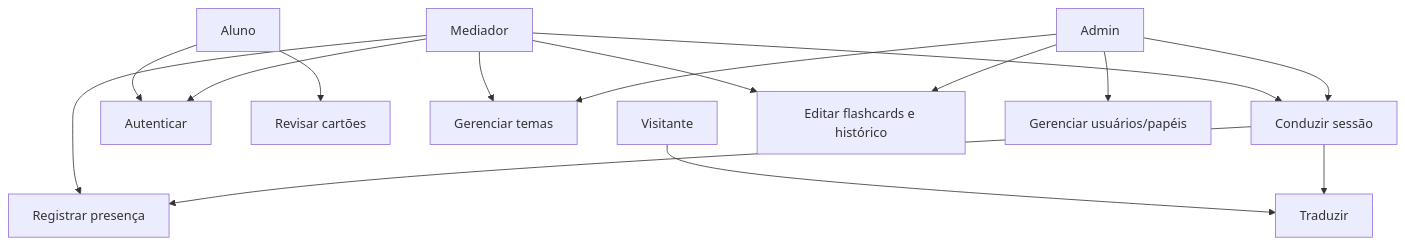
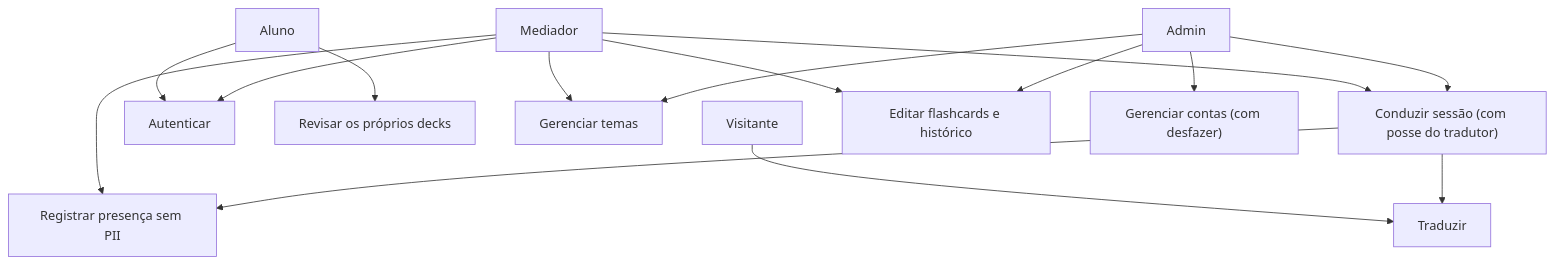
One commit to Lucas-Sperotto/fluencircle-website changed the eighth of 14 diagrams in docs/diagramas/DIAGRAMAS.md. Above: the diagram before and after it, drawn with Mermaid. The commit also changed other lines of this file and 3 other files, not shown here.

First line of the commit message:
docs(engenharia): add access matrix, refresh AS-IS/TO-BE diagrams and requirement traceability

````diff
--- a/docs/diagramas/DIAGRAMAS.md
+++ b/docs/diagramas/DIAGRAMAS.md
@@ -179,17 +214,17 @@
 ```mermaid
 flowchart TB
     V["Visitante"] --> UC1["Traduzir"]
     S["Aluno"] --> UC2["Autenticar"]
-    S --> UC3["Revisar cartões"]
+    S --> UC3["Revisar os próprios decks"]
     M["Mediador"] --> UC2
     M --> UC4["Gerenciar temas"]
-    M --> UC5["Conduzir sessão"]
-    M --> UC6["Registrar presença"]
+    M --> UC5["Conduzir sessão (com posse do tradutor)"]
+    M --> UC6["Registrar presença sem PII"]
     M --> UC7["Editar flashcards e histórico"]
-    AD["Admin"] --> UC8["Gerenciar usuários/papéis"]
+    AD["Admin"] --> UC8["Gerenciar contas (com desfazer)"]
     AD --> UC4
     AD --> UC5
     AD --> UC7
     UC5 --> UC6
     UC5 --> UC1
 ```
````
